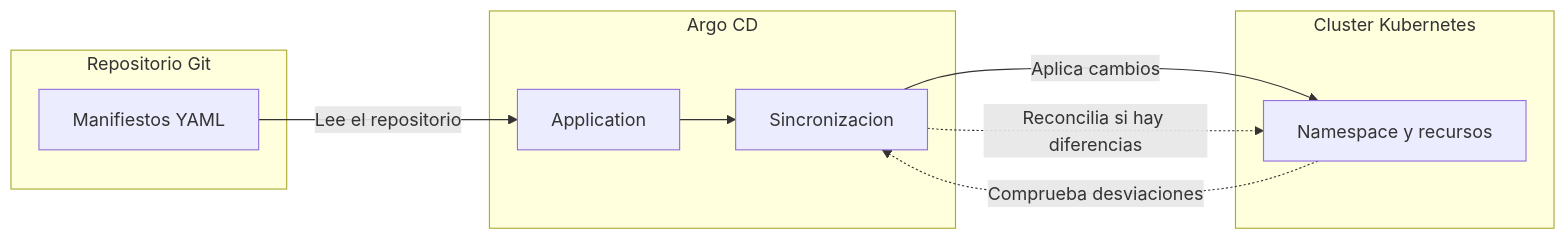
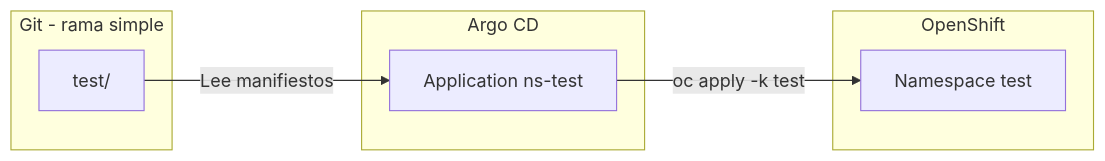
One commit to alexanderbenitezbracho-web/workshop-namespaces-argocd changed the diagram in README.md. Above: the diagram before and after it, drawn with Mermaid. The commit also changed other lines of this file and 24 other files, not shown here.

````diff
--- a/README.md
+++ b/README.md
@@ -36,21 +41,14 @@
 ```mermaid
 flowchart LR
-  subgraph git [Repositorio Git]
-    YAML[Manifiestos YAML]
+  subgraph git [Git - rama simple]
+    test[test/]
   end
-
   subgraph argo [Argo CD]
-    APP[Application]
-    SYNC[Sincronizacion]
-    APP --> SYNC
+    app[Application ns-test]
   end
-
-  subgraph cluster [Cluster Kubernetes]
-    NS[Namespace y recursos]
+  subgraph cluster [OpenShift]
+    ns[Namespace test]
   end
-
-  YAML -->|Lee el repositorio| APP
-  SYNC -->|Aplica cambios| NS
-  NS -.->|Comprueba desviaciones| SYNC
-  SYNC -.->|Reconcilia si hay diferencias| NS
+  test -->|Lee manifiestos| app
+  app -->|oc apply -k test| ns
 ```
````
